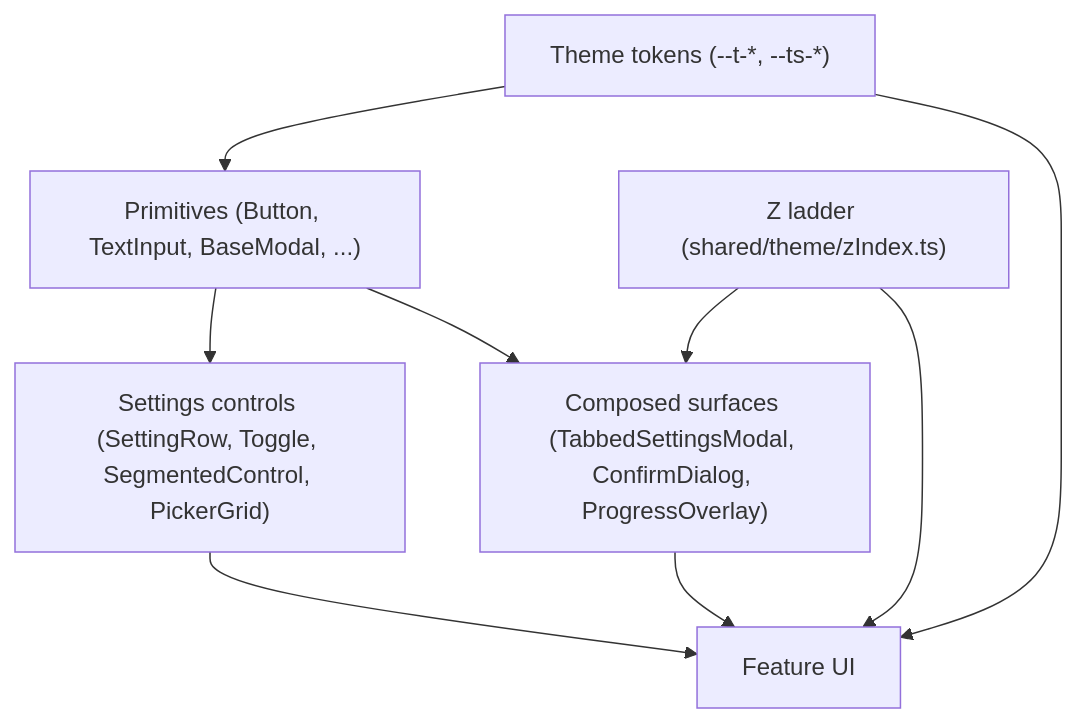
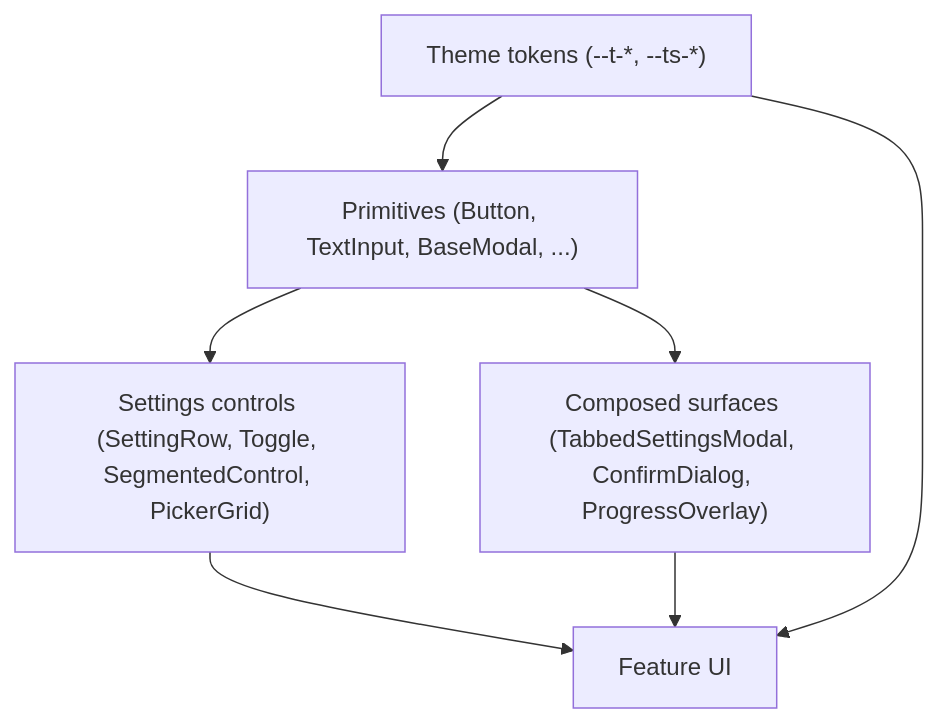
The first of 4 diagrams in docs/design-system.mdx (ggfincke/tierlistbuilder), drawn with Mermaid before and after one commit. The commit also changed other lines of this file and 99 other files, not shown here.

````diff
--- a/docs/design-system.mdx
+++ b/docs/design-system.mdx
@@ -19,11 +19,9 @@
 ```mermaid
 graph TD
     A["Theme tokens (--t-*, --ts-*)"] --> B["Primitives (Button, TextInput, BaseModal, ...)"]
     B --> C["Settings controls (SettingRow, Toggle, SegmentedControl, PickerGrid)"]
     B --> D["Composed surfaces (TabbedSettingsModal, ConfirmDialog, ProgressOverlay)"]
     C --> E["Feature UI"]
     D --> E
     A --> E
-    F["Z ladder (shared/theme/zIndex.ts)"] --> D
-    F --> E
 ```
````
